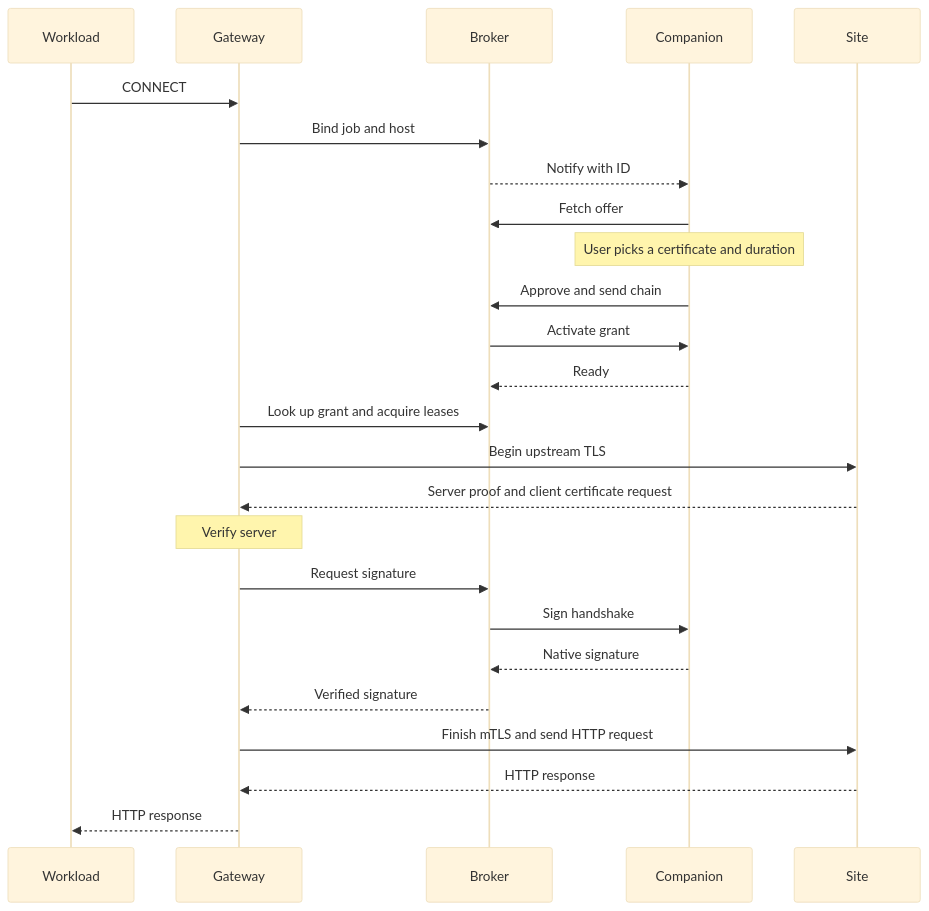
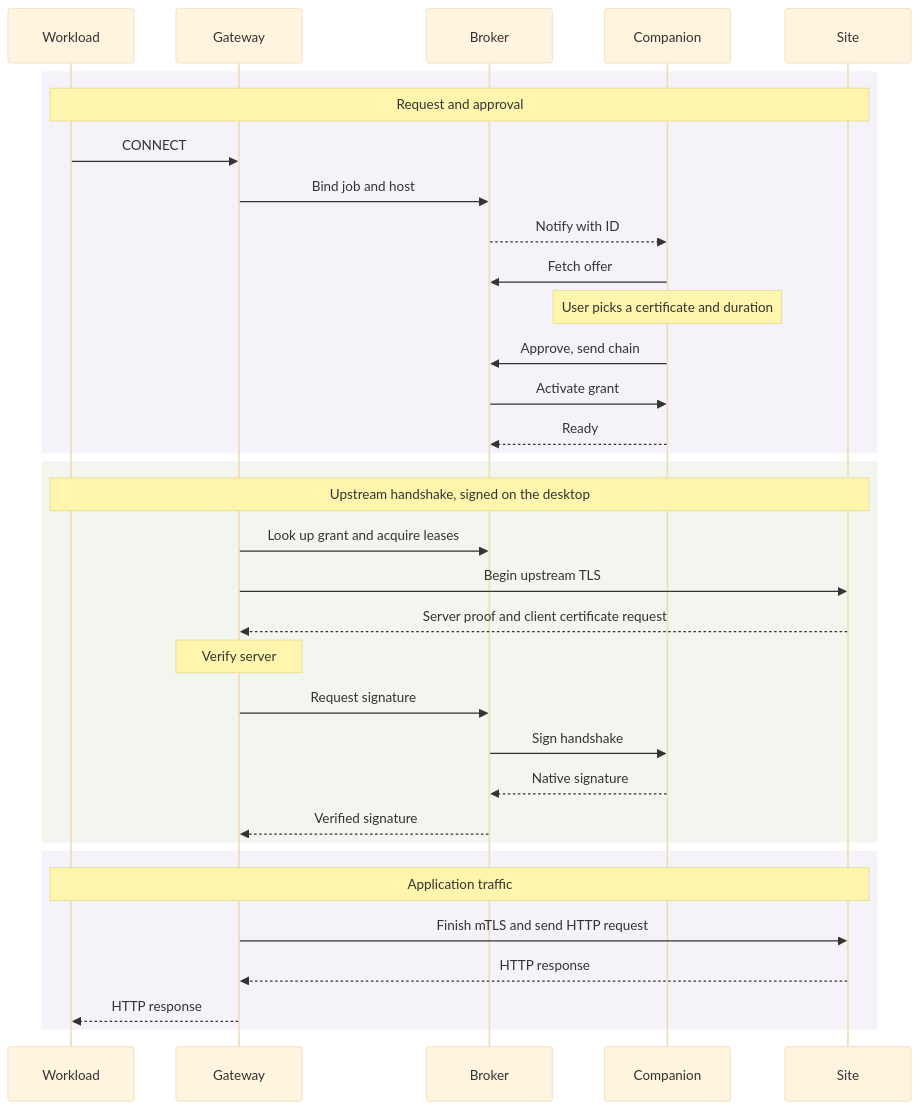
The diagram in docs/assets/diagrams/first-request.mmd (zeroae/countersign), drawn with Mermaid (base theme) before and after one commit. The commit also changed 37 other files, not shown here.

First line of the commit message:
Make handbook diagrams legible in both themes and annotate screenshots (#10)

```diff
--- a/docs/assets/diagrams/first-request.mmd
+++ b/docs/assets/diagrams/first-request.mmd
@@ -1,27 +1,36 @@
 sequenceDiagram
     accTitle: A first protected request
-    accDescr: A pending proxy connection leads to a user decision, a scoped signing request, and the site's authenticated response.
+    accDescr: Three phases. The Workload's CONNECT waits while the user approves a certificate in the Companion. The Gateway then verifies the site and gets the TLS handshake signed on the desktop through the Broker. Finally the request and response flow through the Gateway.
     participant W as Workload
     participant G as Gateway
     participant B as Broker
     participant C as Companion
     participant S as Site
+    rect rgb(246,242,249)
+    Note over W,S: Request and approval
     W->>G: CONNECT
     G->>B: Bind job and host
     B-->>C: Notify with ID
     C->>B: Fetch offer
     Note over C: User picks a certificate and duration
-    C->>B: Approve and send chain
+    C->>B: Approve, send chain
     B->>C: Activate grant
     C-->>B: Ready
+    end
+    rect rgb(242,246,239)
+    Note over W,S: Upstream handshake, signed on the desktop
     G->>B: Look up grant and acquire leases
     G->>S: Begin upstream TLS
     S-->>G: Server proof and client certificate request
     Note over G: Verify server
     G->>B: Request signature
     B->>C: Sign handshake
     C-->>B: Native signature
     B-->>G: Verified signature
+    end
+    rect rgb(246,242,249)
+    Note over W,S: Application traffic
     G->>S: Finish mTLS and send HTTP request
     S-->>G: HTTP response
     G-->>W: HTTP response
+    end
```
